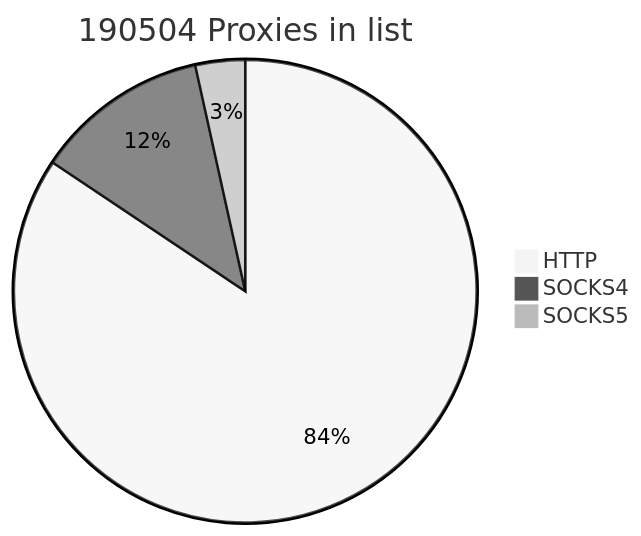
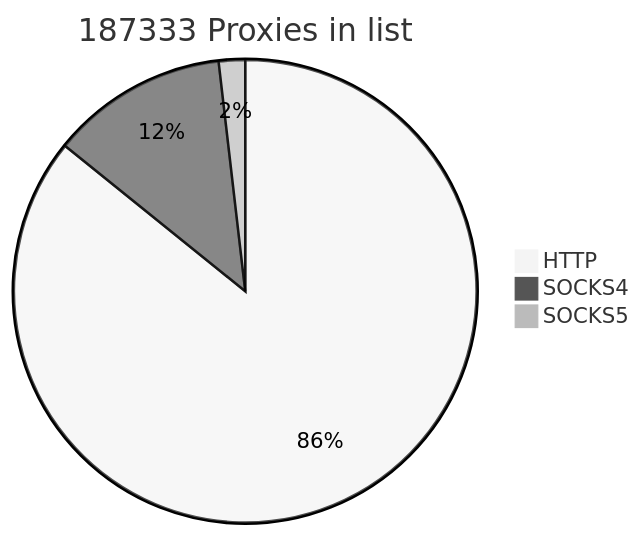
The first of 2 diagrams in README.md (cutipu/proxylist), drawn with Mermaid (neutral theme) before and after one commit. The commit also changed other lines of this file, not shown here.

````diff
--- a/README.md
+++ b/README.md
@@ -2,7 +2,7 @@
 ```mermaid
-pie title 190504 Proxies in list
-    "HTTP" : 160747
+pie title 187333 Proxies in list
+    "HTTP" : 160746
     "SOCKS4" : 23142
-    "SOCKS5" : 6615
+    "SOCKS5" : 3445
             
 ```
````
